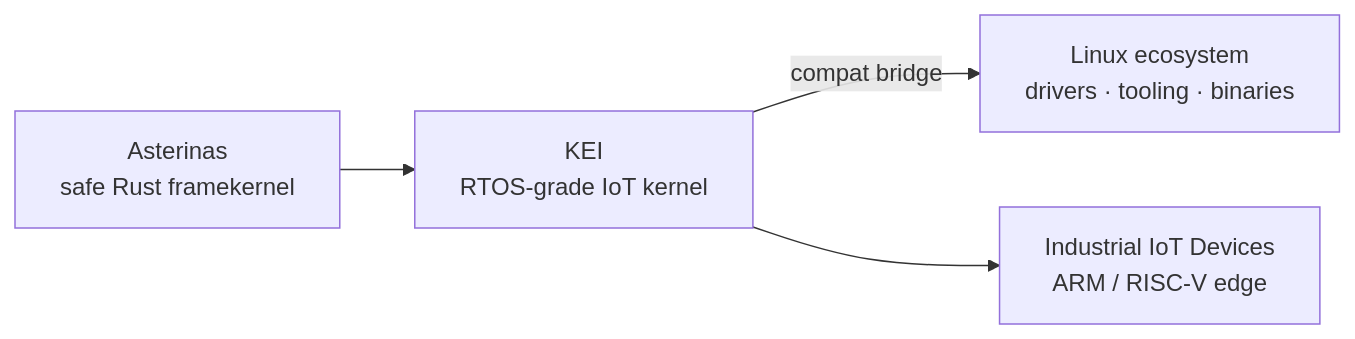
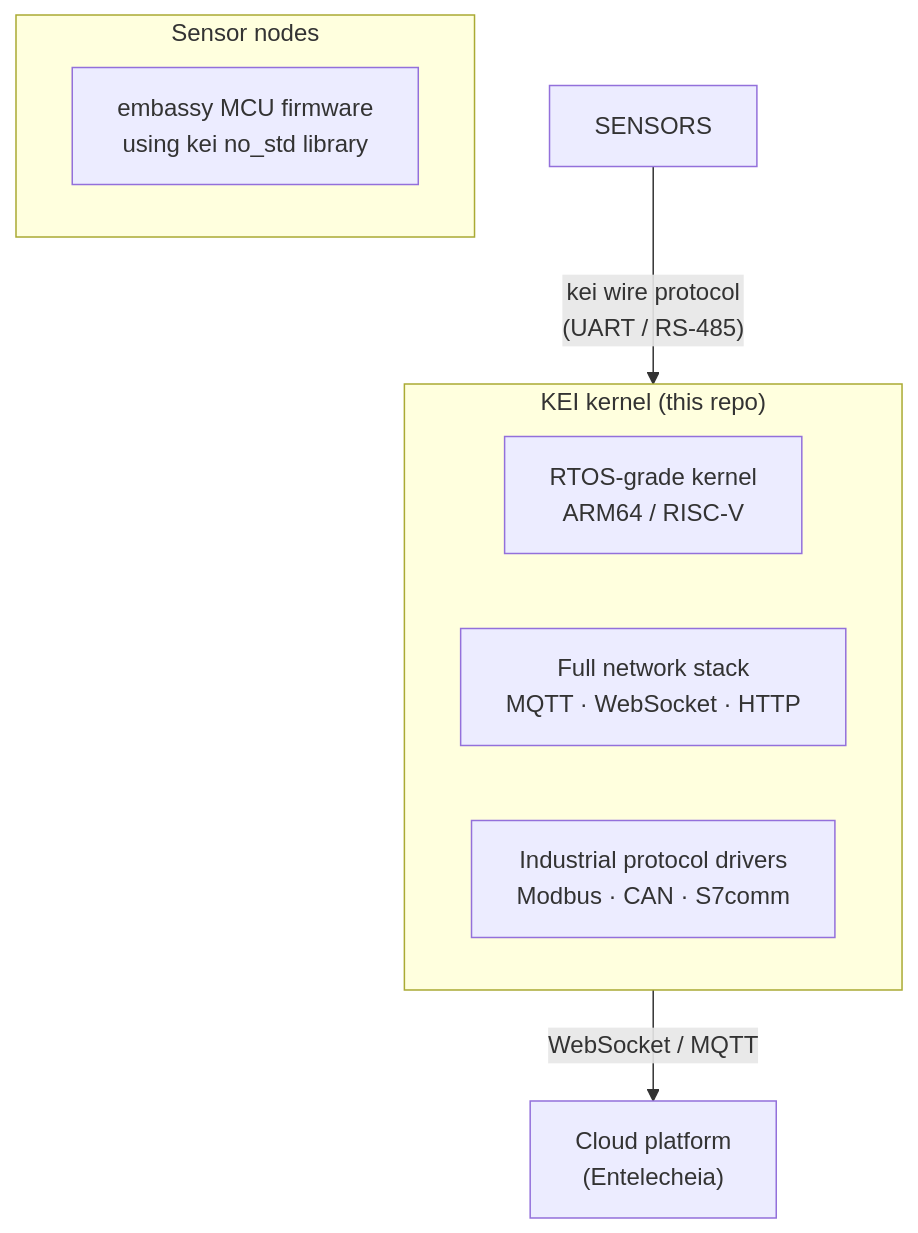
One commit to celestia-island/kei changed the diagram in README.md. Above: the diagram before and after it, drawn with Mermaid. The commit also changed other lines of this file, not shown here.

````diff
--- a/README.md
+++ b/README.md
@@ -40,6 +45,13 @@
 ```mermaid
-flowchart LR
-    AST["Asterinas\nsafe Rust framekernel"] --> KEI["KEI\nRTOS-grade IoT kernel"]
-    KEI -->|"compat bridge"| LINUX["Linux ecosystem\ndrivers · tooling · binaries"]
-    KEI --> DEV["Industrial IoT Devices\nARM / RISC-V edge"]
+flowchart TB
+    subgraph Gateway["KEI kernel (this repo)"]
+        KERN["RTOS-grade kernel\nARM64 / RISC-V"]
+        NET["Full network stack\nMQTT · WebSocket · HTTP"]
+        DRV["Industrial protocol drivers\nModbus · CAN · S7comm"]
+    end
+    subgraph Sensors["Sensor nodes"]
+        EMB["embassy MCU firmware\nusing kei no_std library"]
+    end
+    SENSORS -->|"kei wire protocol\n(UART / RS-485)"| Gateway
+    Gateway -->|"WebSocket / MQTT"| CLOUD["Cloud platform\n(Entelecheia)"]
 ```
````
